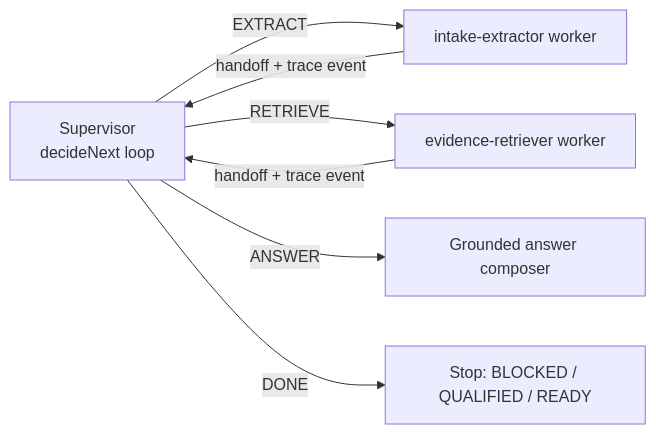
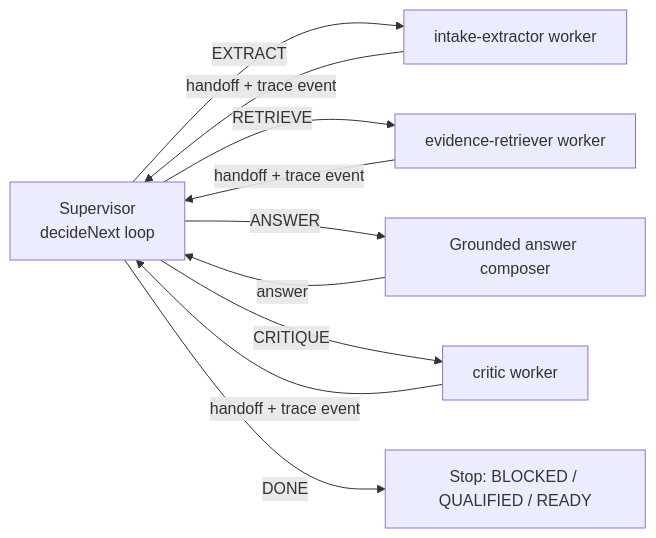
One commit to DavidSlayback/agentforge-week1 changed the second of 5 diagrams in W2_ARCHITECTURE.md. Above: the diagram before and after it, drawn with Mermaid. The commit also changed other lines of this file and 20 other files, not shown here.

````diff
--- a/W2_ARCHITECTURE.md
+++ b/W2_ARCHITECTURE.md
@@ -165,9 +165,12 @@
 ```mermaid
 flowchart LR
     S[Supervisor<br/>decideNext loop] -->|EXTRACT| W1[intake-extractor worker]
     S -->|RETRIEVE| W2[evidence-retriever worker]
     S -->|ANSWER| A[Grounded answer composer]
+    S -->|CRITIQUE| W3[critic worker]
     S -->|DONE| Z[Stop: BLOCKED / QUALIFIED / READY]
     W1 -->|handoff + trace event| S
     W2 -->|handoff + trace event| S
+    A -->|answer| S
+    W3 -->|handoff + trace event| S
 ```
````
